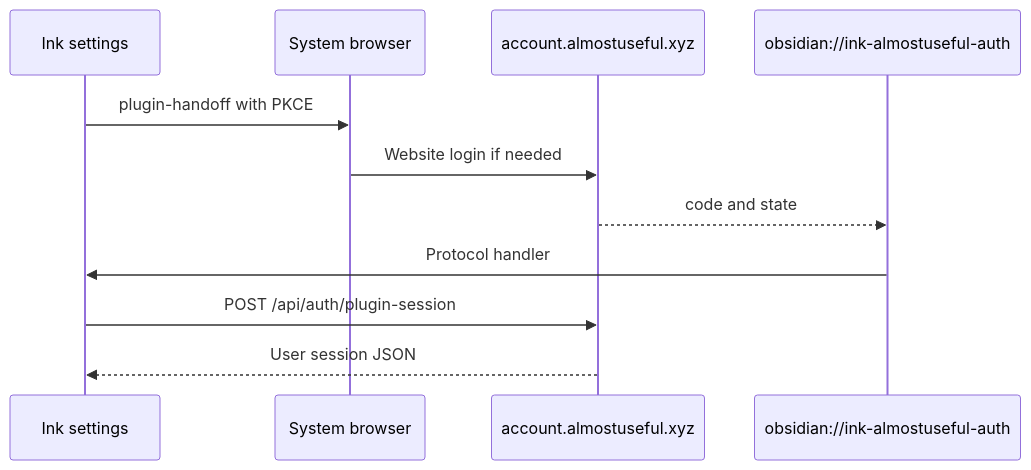
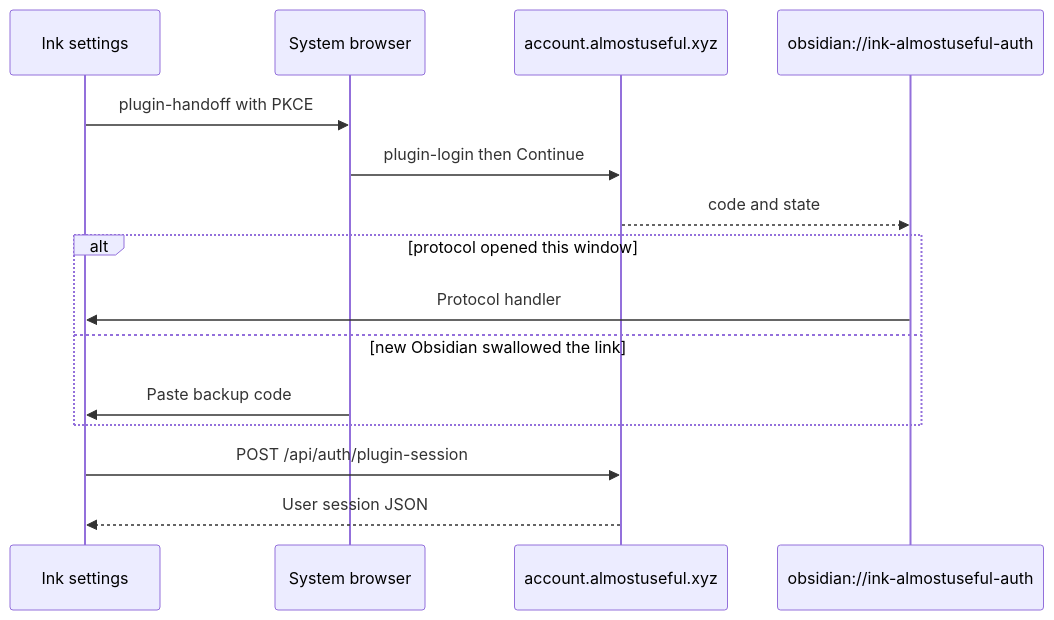
One commit to daledesilva/obsidian_ink changed the first of 2 diagrams in docs/almostuseful-account.md. Above: the diagram before and after it, drawn with Mermaid. The commit also changed other lines of this file and 7 other files, not shown here.

Commit message:
updated: Showed Project Post credit remaining and spend charts in Ink settings after Almost Useful login so users see the same period usage without iframing the portal. Collapsed the account block like other settings, put the signed-in name in the header, and hid the inner card and debug host form.

````diff
--- a/docs/almostuseful-account.md
+++ b/docs/almostuseful-account.md
@@ -11,13 +17,17 @@
 ```mermaid
 sequenceDiagram
   participant Settings as Ink settings
   participant Browser as System browser
   participant Portal as account.almostuseful.xyz
   participant Obs as obsidian://ink-almostuseful-auth
   Settings->>Browser: plugin-handoff with PKCE
-  Browser->>Portal: Website login if needed
+  Browser->>Portal: plugin-login then Continue
   Portal-->>Obs: code and state
-  Obs->>Settings: Protocol handler
+  alt protocol opened this window
+    Obs->>Settings: Protocol handler
+  else new Obsidian swallowed the link
+    Browser->>Settings: Paste backup code
+  end
   Settings->>Portal: POST /api/auth/plugin-session
   Portal-->>Settings: User session JSON
 ```
````
